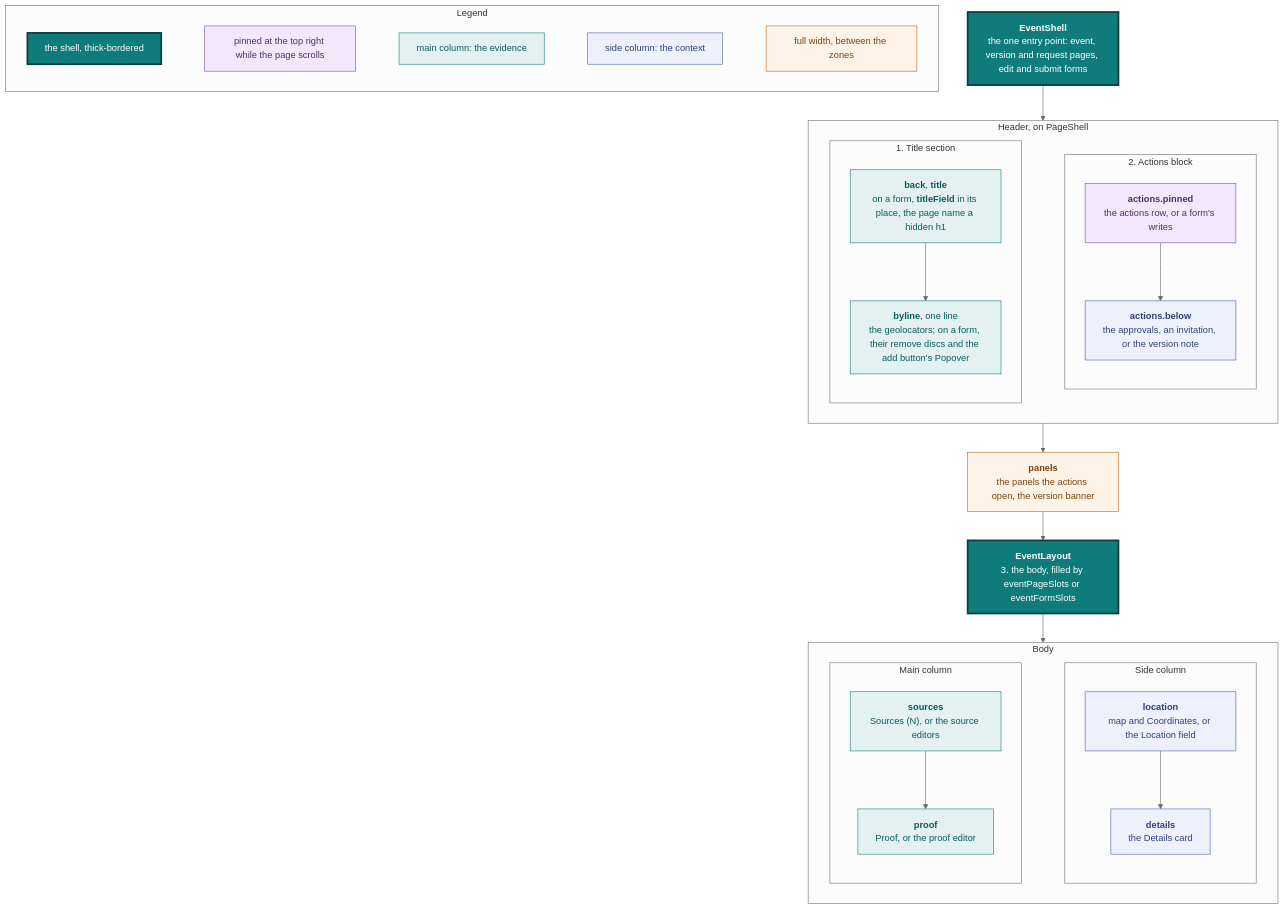
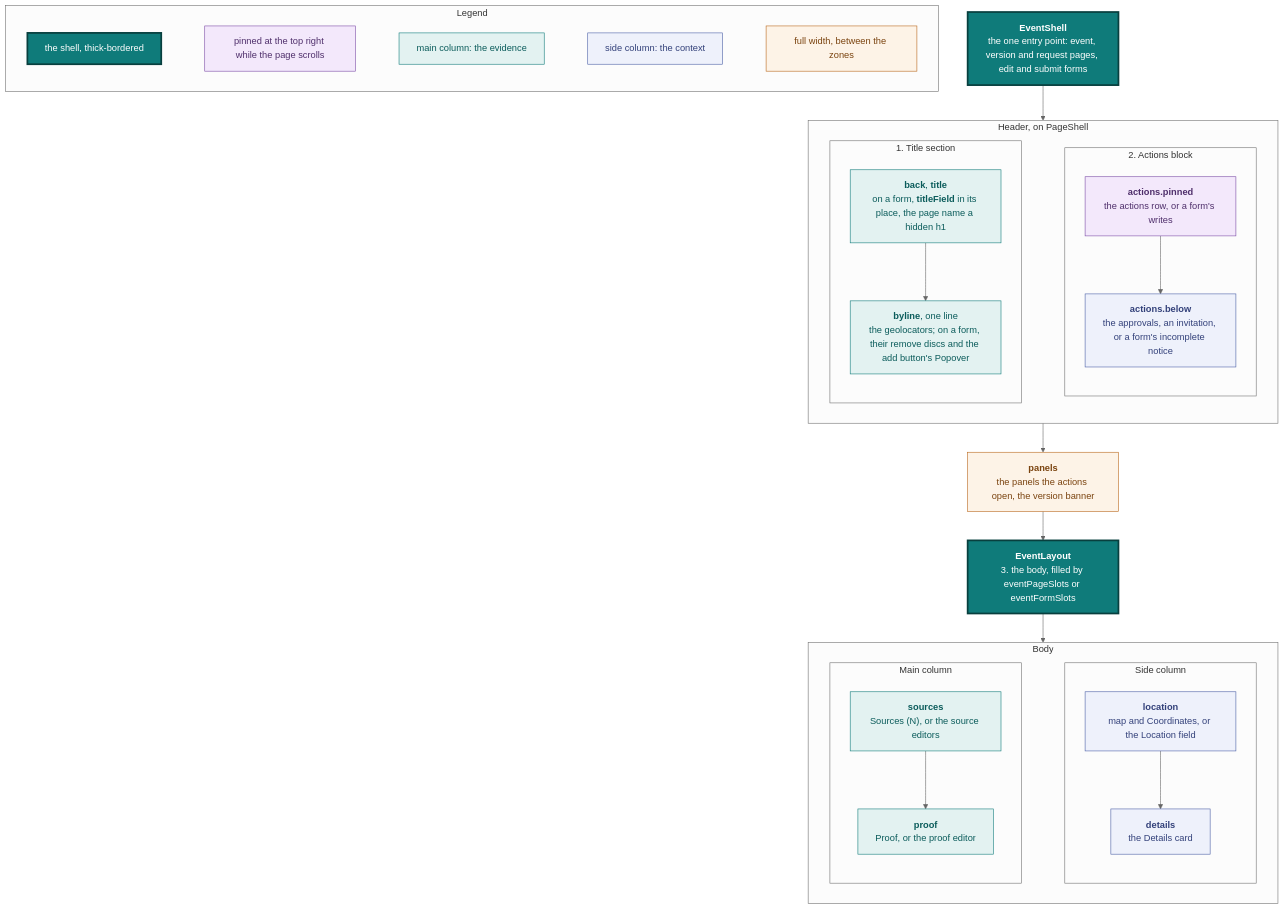
Before and after one commit to vidithq/vidit: the sixth of 15 diagrams in docs/design.md, drawn with Mermaid (neutral theme). The commit also changed other lines of this file and 1 other file, not shown here.

````diff
--- a/docs/design.md
+++ b/docs/design.md
@@ -691,71 +691,71 @@
 ```mermaid
 flowchart TB
   classDef core fill:#0f7b7a,stroke:#083f3e,stroke-width:3px,color:#ffffff
   classDef pinned fill:#f3e8fb,stroke:#7a4aa5,color:#4f2f6b
   classDef shared fill:#e3f2f1,stroke:#0f7b7a,color:#0b5c5b
   classDef spec fill:#eef1fb,stroke:#4a5fa5,color:#33417a
   classDef state fill:#fdf3e7,stroke:#b8661a,color:#7a430f
 
   subgraph legend [Legend]
     direction LR
     l1["`the shell, thick-bordered`"]:::core
     l5["`pinned at the top right while the page scrolls`"]:::pinned
     l2["`main column: the evidence`"]:::shared
     l3["`side column: the context`"]:::spec
     l4["`full width, between the zones`"]:::state
     l1 ~~~ l5 ~~~ l2 ~~~ l3 ~~~ l4
   end
 
   shell["`**EventShell**
   the one entry point: event, version and request pages, edit and submit forms`"]:::core
 
   subgraph top [Header, on PageShell]
     direction LR
     subgraph titlesection [1. Title section]
       direction TB
       heading["`**back**, **title**
       on a form, **titleField** in its place, the page name a hidden h1`"]:::shared
       byline["`**byline**, one line
       the geolocators; on a form, their remove discs and the add button's Popover`"]:::shared
       heading --> byline
     end
     subgraph actionsblock [2. Actions block]
       direction TB
       pinned["`**actions.pinned**
       the actions row, or a form's writes`"]:::pinned
       under["`**actions.below**
-      the approvals, an invitation, or the version note`"]:::spec
+      the approvals, an invitation, or a form's incomplete notice`"]:::spec
       pinned --> under
     end
     titlesection ~~~ actionsblock
   end
 
   between["`**panels**
   the panels the actions open, the version banner`"]:::state
 
   layout["`**EventLayout**
   3. the body, filled by eventPageSlots or eventFormSlots`"]:::core
 
   subgraph body [Body]
     direction LR
     subgraph main [Main column]
       direction TB
       sources["`**sources**
       Sources (N), or the source editors`"]:::shared
       proof["`**proof**
       Proof, or the proof editor`"]:::shared
       sources --> proof
     end
     subgraph side [Side column]
       direction TB
       location["`**location**
       map and Coordinates, or the Location field`"]:::spec
       details["`**details**
       the Details card`"]:::spec
       location --> details
     end
     main ~~~ side
   end
 
   shell --> top --> between --> layout --> body
 ```
````
